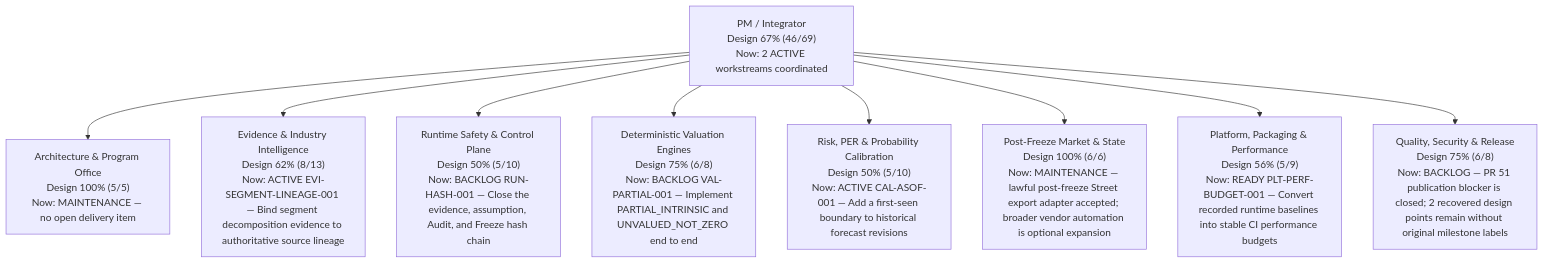
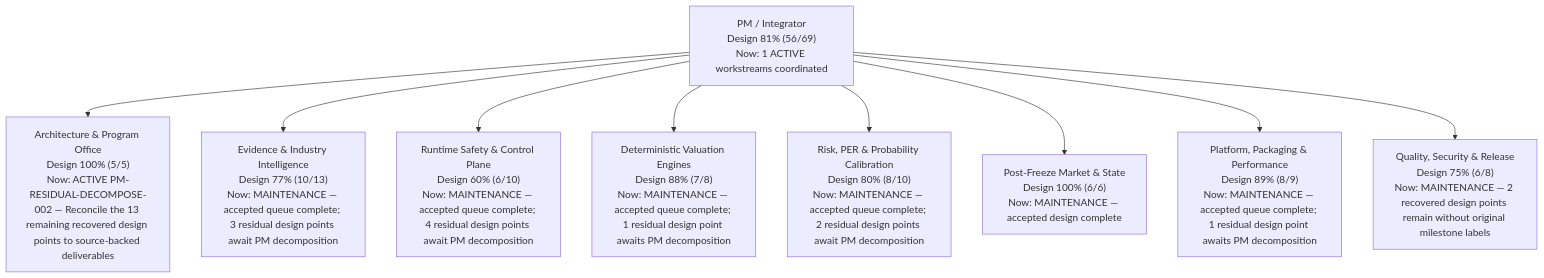
One commit to newwonwoo/valuation changed the diagram in PROJECT_STATUS.md. Above: the diagram before and after it, drawn with Mermaid. The commit also changed other lines of this file, not shown here.

Commit message:
Regenerate PM status after queue close

````diff
--- a/PROJECT_STATUS.md
+++ b/PROJECT_STATUS.md
@@ -17,12 +17,12 @@
 ```mermaid
 flowchart TB
-  PM["PM / Integrator<br/>Design 67% (46/69)<br/>Now: 2 ACTIVE workstreams coordinated"]
-  PM --> PMO["Architecture & Program Office<br/>Design 100% (5/5)<br/>Now: MAINTENANCE — no open delivery item"]
-  PM --> EVIDENCE["Evidence & Industry Intelligence<br/>Design 62% (8/13)<br/>Now: ACTIVE EVI-SEGMENT-LINEAGE-001 — Bind segment decomposition evidence to authoritative source lineage"]
-  PM --> RUNTIME["Runtime Safety & Control Plane<br/>Design 50% (5/10)<br/>Now: BACKLOG RUN-HASH-001 — Close the evidence, assumption, Audit, and Freeze hash chain"]
-  PM --> VALUATION["Deterministic Valuation Engines<br/>Design 75% (6/8)<br/>Now: BACKLOG VAL-PARTIAL-001 — Implement PARTIAL_INTRINSIC and UNVALUED_NOT_ZERO end to end"]
-  PM --> CALIBRATION["Risk, PER & Probability Calibration<br/>Design 50% (5/10)<br/>Now: ACTIVE CAL-ASOF-001 — Add a first-seen boundary to historical forecast revisions"]
-  PM --> POST_FREEZE["Post-Freeze Market & State<br/>Design 100% (6/6)<br/>Now: MAINTENANCE — lawful post-freeze Street export adapter accepted; broader vendor automation is optional expansion"]
-  PM --> PLATFORM["Platform, Packaging & Performance<br/>Design 56% (5/9)<br/>Now: READY PLT-PERF-BUDGET-001 — Convert recorded runtime baselines into stable CI performance budgets"]
-  PM --> QA_RELEASE["Quality, Security & Release<br/>Design 75% (6/8)<br/>Now: BACKLOG — PR 51 publication blocker is closed; 2 recovered design points remain without original milestone labels"]
+  PM["PM / Integrator<br/>Design 81% (56/69)<br/>Now: 1 ACTIVE workstreams coordinated"]
+  PM --> PMO["Architecture & Program Office<br/>Design 100% (5/5)<br/>Now: ACTIVE PM-RESIDUAL-DECOMPOSE-002 — Reconcile the 13 remaining recovered design points to source-backed deliverables"]
+  PM --> EVIDENCE["Evidence & Industry Intelligence<br/>Design 77% (10/13)<br/>Now: MAINTENANCE — accepted queue complete; 3 residual design points await PM decomposition"]
+  PM --> RUNTIME["Runtime Safety & Control Plane<br/>Design 60% (6/10)<br/>Now: MAINTENANCE — accepted queue complete; 4 residual design points await PM decomposition"]
+  PM --> VALUATION["Deterministic Valuation Engines<br/>Design 88% (7/8)<br/>Now: MAINTENANCE — accepted queue complete; 1 residual design point awaits PM decomposition"]
+  PM --> CALIBRATION["Risk, PER & Probability Calibration<br/>Design 80% (8/10)<br/>Now: MAINTENANCE — accepted queue complete; 2 residual design points await PM decomposition"]
+  PM --> POST_FREEZE["Post-Freeze Market & State<br/>Design 100% (6/6)<br/>Now: MAINTENANCE — accepted design complete"]
+  PM --> PLATFORM["Platform, Packaging & Performance<br/>Design 89% (8/9)<br/>Now: MAINTENANCE — accepted queue complete; 1 residual design point awaits PM decomposition"]
+  PM --> QA_RELEASE["Quality, Security & Release<br/>Design 75% (6/8)<br/>Now: MAINTENANCE — 2 recovered design points remain without original milestone labels"]
 ```
````
